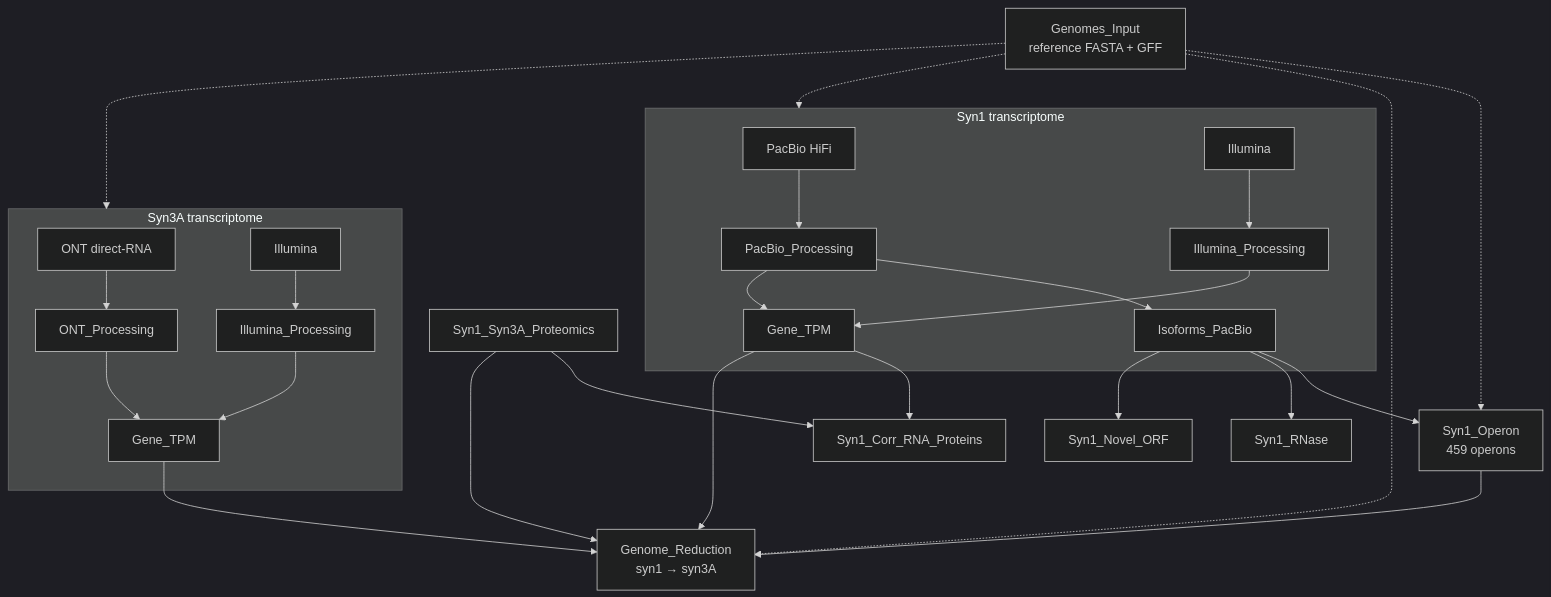
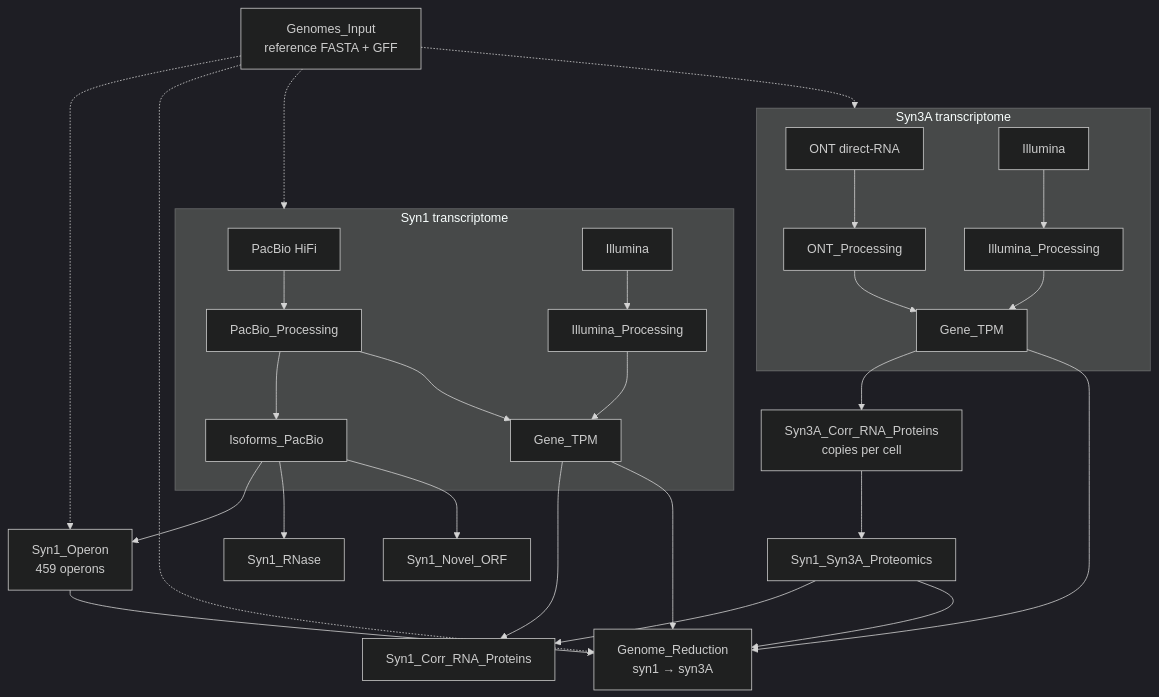
The diagram in README.md (enguangfu/Minimal_Cells_Transcriptomics_Proteomics), drawn with Mermaid (dark theme) before and after one commit. The commit also changed other lines of this file and 16 other files, not shown here.

````diff
--- a/README.md
+++ b/README.md
@@ -56,35 +57,37 @@
 ```mermaid
 flowchart TD
     GEN["Genomes_Input<br/>reference FASTA + GFF"]
 
     subgraph SYN1["Syn1 transcriptome"]
         PB["PacBio HiFi"] --> PBP["PacBio_Processing"] --> ISO["Isoforms_PacBio"]
         ILL1["Illumina"] --> ILP1["Illumina_Processing"]
         PBP --> TPM1["Gene_TPM"]
         ILP1 --> TPM1
     end
 
     subgraph SYN3["Syn3A transcriptome"]
         ONT["ONT direct-RNA"] --> ONTP["ONT_Processing"]
         ILL3["Illumina"] --> ILP3["Illumina_Processing"]
         ONTP --> TPM3["Gene_TPM"]
         ILP3 --> TPM3
     end
 
     PROT["Syn1_Syn3A_Proteomics"]
 
     ISO --> OPN["Syn1_Operon<br/>459 operons"]
     ISO --> RNASE["Syn1_RNase"]
     ISO --> NOV["Syn1_Novel_ORF"]
     TPM1 --> CORR["Syn1_Corr_RNA_Proteins"]
     PROT --> CORR
+    TPM3 --> S3C["Syn3A_Corr_RNA_Proteins<br/>copies per cell"]
+    S3C --> PROT
     OPN --> GR["Genome_Reduction<br/>syn1 → syn3A"]
     PROT --> GR
     TPM1 --> GR
     TPM3 --> GR
 
     GEN -.-> SYN1
     GEN -.-> SYN3
     GEN -.-> OPN
     GEN -.-> GR
 ```
````
